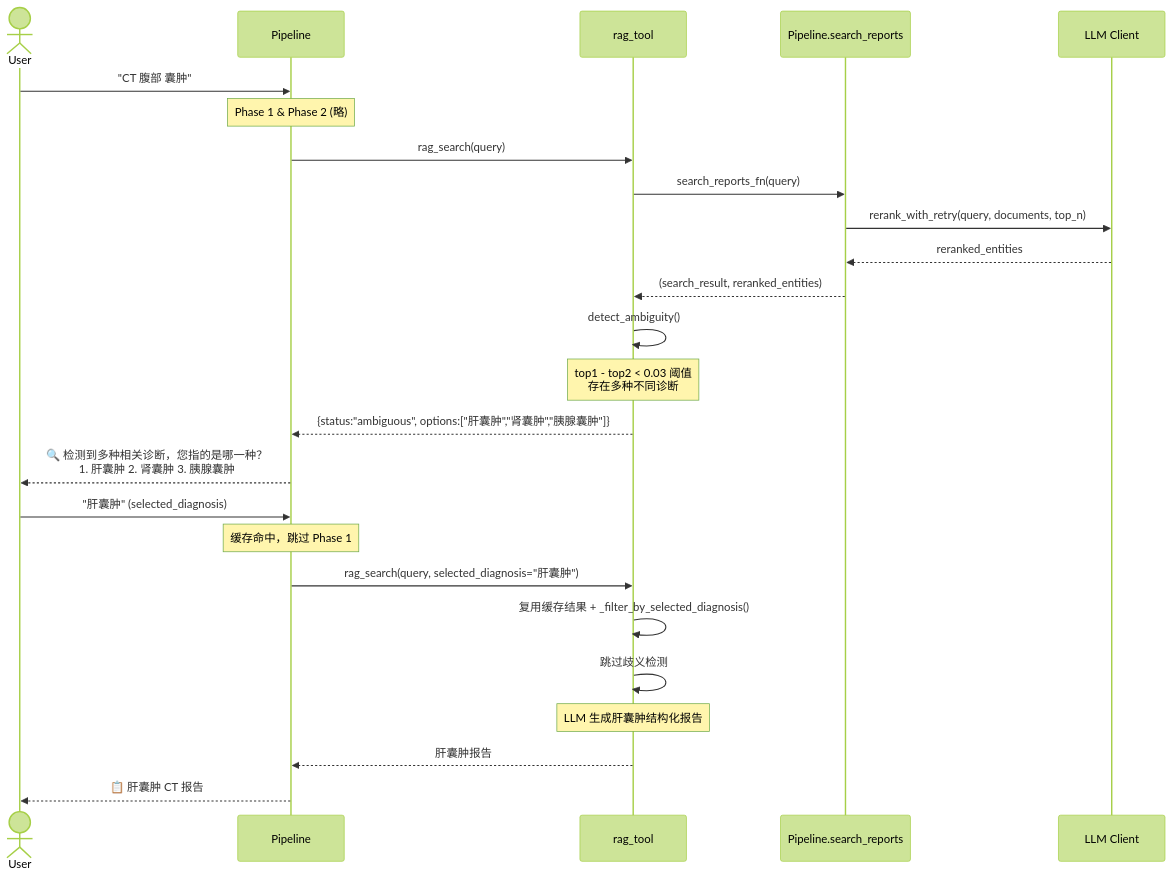
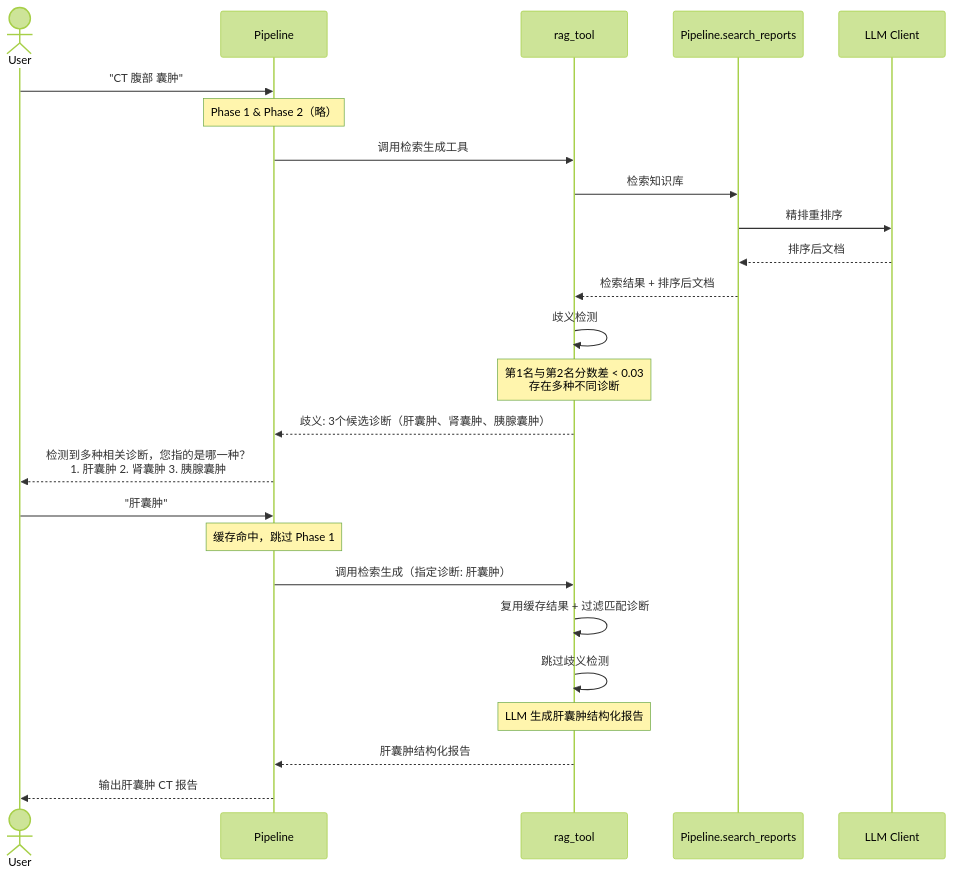
The diagram in docs/uml/06_ambiguity_resolution.md (cw12309/report-generation), drawn with Mermaid (forest theme) before and after one commit. The commit also changed 9 other files, not shown here.

````diff
--- a/docs/uml/06_ambiguity_resolution.md
+++ b/docs/uml/06_ambiguity_resolution.md
@@ -3,39 +3,39 @@
 ```mermaid
 sequenceDiagram
     actor User
     participant Pipe as Pipeline
     participant RAG as rag_tool
     participant SR as Pipeline.search_reports
     participant LC as LLM Client
 
     User->>Pipe: "CT 腹部 囊肿"
 
-    Note over Pipe: Phase 1 & Phase 2 (略)
+    Note over Pipe: Phase 1 & Phase 2（略）
 
-    Pipe->>RAG: rag_search(query)
+    Pipe->>RAG: 调用检索生成工具
 
-    RAG->>SR: search_reports_fn(query)
-    SR->>LC: rerank_with_retry(query, documents, top_n)
-    LC-->>SR: reranked_entities
-    SR-->>RAG: (search_result, reranked_entities)
+    RAG->>SR: 检索知识库
+    SR->>LC: 精排重排序
+    LC-->>SR: 排序后文档
+    SR-->>RAG: 检索结果 + 排序后文档
 
-    RAG->>RAG: detect_ambiguity()
-    Note over RAG: top1 - top2 < 0.03 阈值<br/>存在多种不同诊断
+    RAG->>RAG: 歧义检测
+    Note over RAG: 第1名与第2名分数差 < 0.03<br/>存在多种不同诊断
 
-    RAG-->>Pipe: {status:"ambiguous", options:["肝囊肿","肾囊肿","胰腺囊肿"]}
+    RAG-->>Pipe: 歧义: 3个候选诊断（肝囊肿、肾囊肿、胰腺囊肿）
 
-    Pipe-->>User: 🔍 检测到多种相关诊断，您指的是哪一种？<br/>1. 肝囊肿  2. 肾囊肿  3. 胰腺囊肿
+    Pipe-->>User: 检测到多种相关诊断，您指的是哪一种？<br/>1. 肝囊肿  2. 肾囊肿  3. 胰腺囊肿
 
-    User->>Pipe: "肝囊肿" (selected_diagnosis)
+    User->>Pipe: "肝囊肿"
 
     Note over Pipe: 缓存命中，跳过 Phase 1
 
-    Pipe->>RAG: rag_search(query, selected_diagnosis="肝囊肿")
-    RAG->>RAG: 复用缓存结果 + _filter_by_selected_diagnosis()
+    Pipe->>RAG: 调用检索生成（指定诊断: 肝囊肿）
+    RAG->>RAG: 复用缓存结果 + 过滤匹配诊断
     RAG->>RAG: 跳过歧义检测
 
     Note over RAG: LLM 生成肝囊肿结构化报告
 
-    RAG-->>Pipe: 肝囊肿报告
-    Pipe-->>User: 📋 肝囊肿 CT 报告
+    RAG-->>Pipe: 肝囊肿结构化报告
+    Pipe-->>User: 输出肝囊肿 CT 报告
 ```
````
